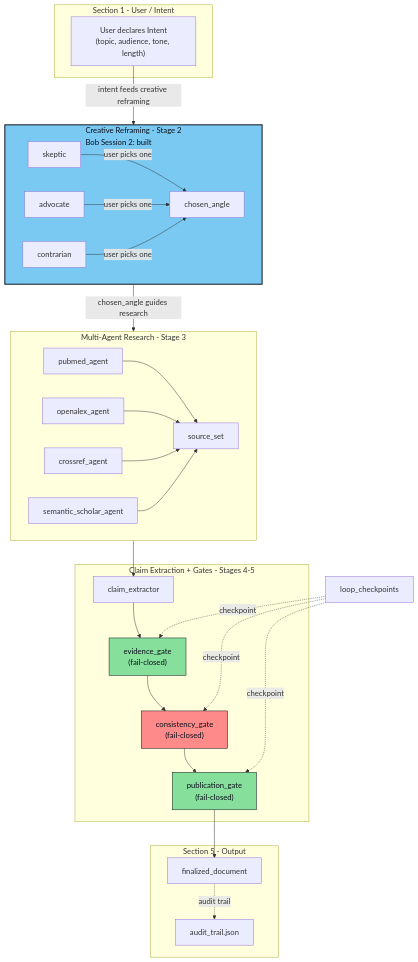
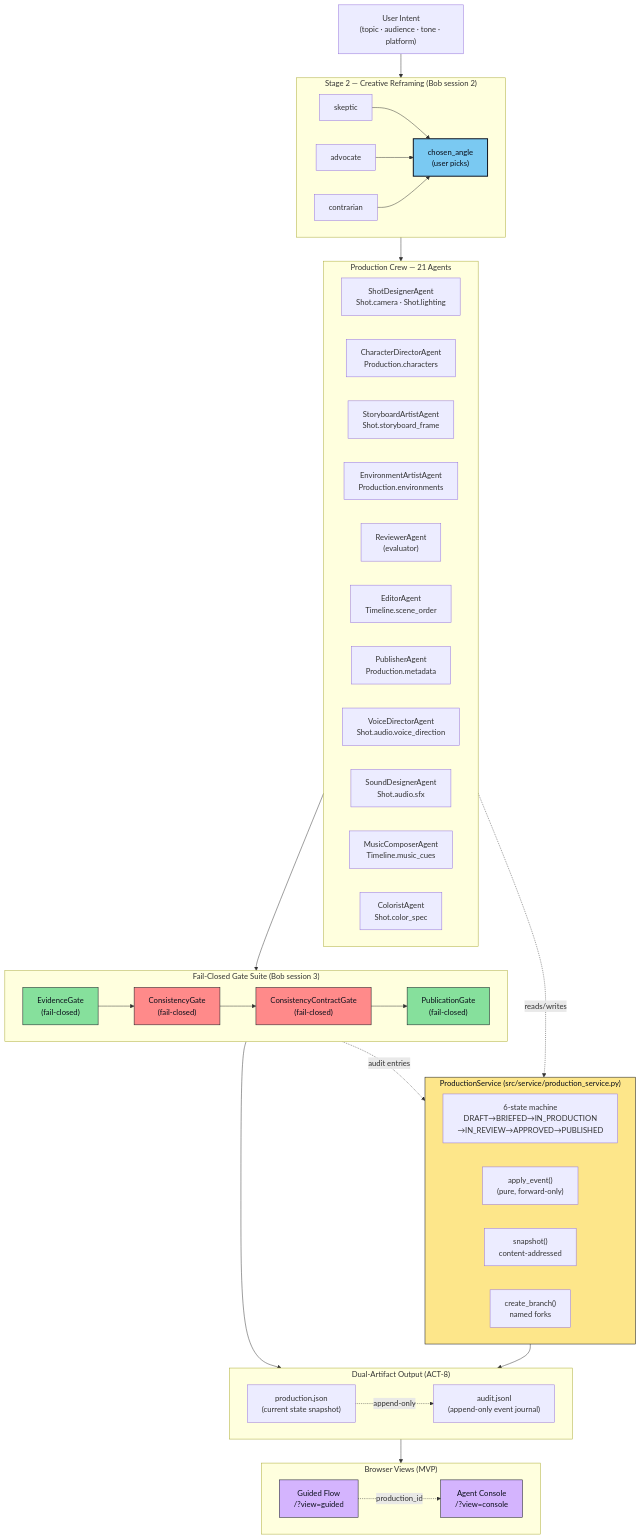
Before and after one commit to gytdrop/open-production: the diagram in docs/architecture/architecture-diagram.mmd, drawn with Mermaid. The commit also changed 219 other files, not shown here.

```diff
--- a/docs/architecture/architecture-diagram.mmd
+++ b/docs/architecture/architecture-diagram.mmd
@@ -1,64 +1,73 @@
 flowchart TD
-  %% Section 1 - User / Intent
-  subgraph section1["Section 1 - User / Intent"]
-    intent["User declares Intent<br/>(topic, audience, tone, length)"]
+  Intent["User Intent\n(topic · audience · tone · platform)"]
+  Intent --> Reframing
+
+  subgraph Reframing["Stage 2 — Creative Reframing (Bob session 2)"]
+    direction LR
+    skeptic["skeptic"] & advocate["advocate"] & contrarian["contrarian"] --> chosen_angle["chosen_angle\n(user picks)"]
   end
 
-  %% Section 2 - Creative Reframing (Stage 2)
-  subgraph creative_reframing["Creative Reframing - Stage 2<br/>Bob Session 2: built"]
+  Reframing --> AgentCrew
+
+  subgraph AgentCrew["Production Crew — 21 Agents"]
     direction LR
-    skeptic["skeptic"]
-    advocate["advocate"]
-    contrarian["contrarian"]
-    chosen_angle["chosen_angle"]
-    skeptic -->|user picks one| chosen_angle
-    advocate -->|user picks one| chosen_angle
-    contrarian -->|user picks one| chosen_angle
+    shotdesigner["ShotDesignerAgent\nShot.camera · Shot.lighting"]
+    character["CharacterDirectorAgent\nProduction.characters"]
+    storyboard["StoryboardArtistAgent\nShot.storyboard_frame"]
+    environment["EnvironmentArtistAgent\nProduction.environments"]
+    reviewer["ReviewerAgent\n(evaluator)"]
+    editor["EditorAgent\nTimeline.scene_order"]
+    publisher["PublisherAgent\nProduction.metadata"]
+    voice["VoiceDirectorAgent\nShot.audio.voice_direction"]
+    sound["SoundDesignerAgent\nShot.audio.sfx"]
+    music["MusicComposerAgent\nTimeline.music_cues"]
+    colorist["ColoristAgent\nShot.color_spec"]
   end
 
-  %% Section 3 - Multi-Agent Research (Stage 3)
-  subgraph research_agents["Multi-Agent Research - Stage 3"]
-    direction LR
-    pubmed_agent["pubmed_agent"]
-    openalex_agent["openalex_agent"]
-    crossref_agent["crossref_agent"]
-    semantic_scholar_agent["semantic_scholar_agent"]
-    source_set["source_set"]
-    pubmed_agent --> source_set
-    openalex_agent --> source_set
-    crossref_agent --> source_set
-    semantic_scholar_agent --> source_set
+  AgentCrew --> Gates
+
+  subgraph Gates["Fail-Closed Gate Suite (Bob session 3)"]
+    evidence_gate["EvidenceGate\n(fail-closed)"]
+    consistency_gate["ConsistencyGate\n(fail-closed)"]
+    contract_gate["ConsistencyContractGate\n(fail-closed)"]
+    publication_gate["PublicationGate\n(fail-closed)"]
+    evidence_gate --> consistency_gate --> contract_gate --> publication_gate
   end
 
-  %% Section 4 - Claim Extraction + Gates (Stages 4-5)
-  subgraph section4["Claim Extraction + Gates - Stages 4-5"]
-    claim_extractor["claim_extractor"]
-    evidence_gate["evidence_gate<br/>(fail-closed)"]
-    consistency_gate["consistency_gate<br/>(fail-closed)"]
-    publication_gate["publication_gate<br/>(fail-closed)"]
-    claim_extractor --> evidence_gate --> consistency_gate --> publication_gate
+  Gates --> Output
+
+  subgraph Output["Dual-Artifact Output (ACT-8)"]
+    prod_json["production.json\n(current state snapshot)"]
+    audit_jsonl["audit.jsonl\n(append-only event journal)"]
+    prod_json -. append-only .-> audit_jsonl
   end
 
-  %% Section 5 - Output
-  subgraph section5["Section 5 - Output"]
-    finalized_document["finalized_document"]
-    audit_trail["audit_trail.json"]
-    finalized_document -. audit trail .-> audit_trail
+  Output --> UI
+
+  subgraph UI["Browser Views (MVP)"]
+    guided["Guided Flow\n/?view=guided"]
+    console["Agent Console\n/?view=console"]
+    guided -. production_id .-> console
   end
 
-  intent -->|intent feeds creative reframing| creative_reframing
-  chosen_angle -->|chosen_angle guides research| research_agents
-  source_set --> claim_extractor
-  publication_gate --> finalized_document
+  subgraph ProductionService["ProductionService (src/service/production_service.py)"]
+    state_machine["6-state machine\nDRAFT→BRIEFED→IN_PRODUCTION\n→IN_REVIEW→APPROVED→PUBLISHED"]
+    apply_event["apply_event()\n(pure, forward-only)"]
+    snapshot["snapshot()\ncontent-addressed"]
+    branch["create_branch()\nnamed forks"]
+  end
 
-  loop_checkpoints["loop_checkpoints"]
-  loop_checkpoints -. checkpoint .-> evidence_gate
-  loop_checkpoints -. checkpoint .-> consistency_gate
-  loop_checkpoints -. checkpoint .-> publication_gate
+  AgentCrew -. reads/writes .-> ProductionService
+  Gates -. audit entries .-> ProductionService
+  ProductionService --> Output
 
   classDef bobStyle fill:#7AC9F2,stroke:#0A0E1A,color:#0A0E1A,stroke-width:2px
   classDef gateStyle fill:#86E09C,stroke:#0A0E1A,color:#0A0E1A
   classDef failClosedStyle fill:#FF8A8A,stroke:#0A0E1A,color:#0A0E1A
-  class creative_reframing bobStyle
+  classDef uiStyle fill:#d4b4fe,stroke:#0A0E1A,color:#0A0E1A
+  classDef svcStyle fill:#fde68a,stroke:#0A0E1A,color:#0A0E1A
+  class chosen_angle bobStyle
   class evidence_gate,publication_gate gateStyle
-  class consistency_gate failClosedStyle
+  class consistency_gate,contract_gate failClosedStyle
+  class guided,console uiStyle
+  class ProductionService svcStyle
```
